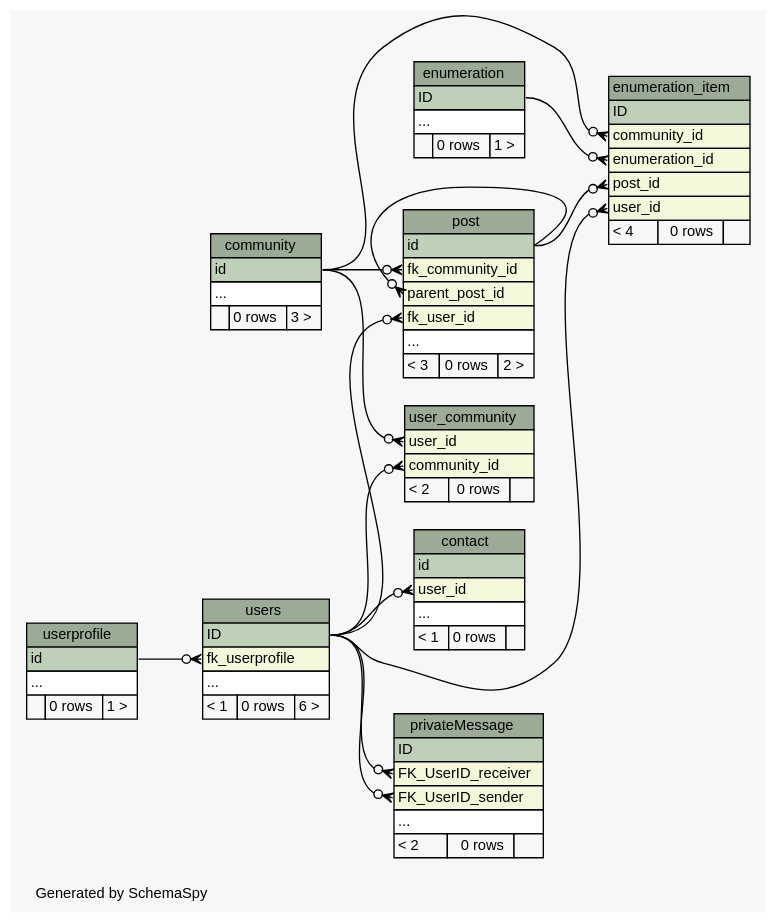
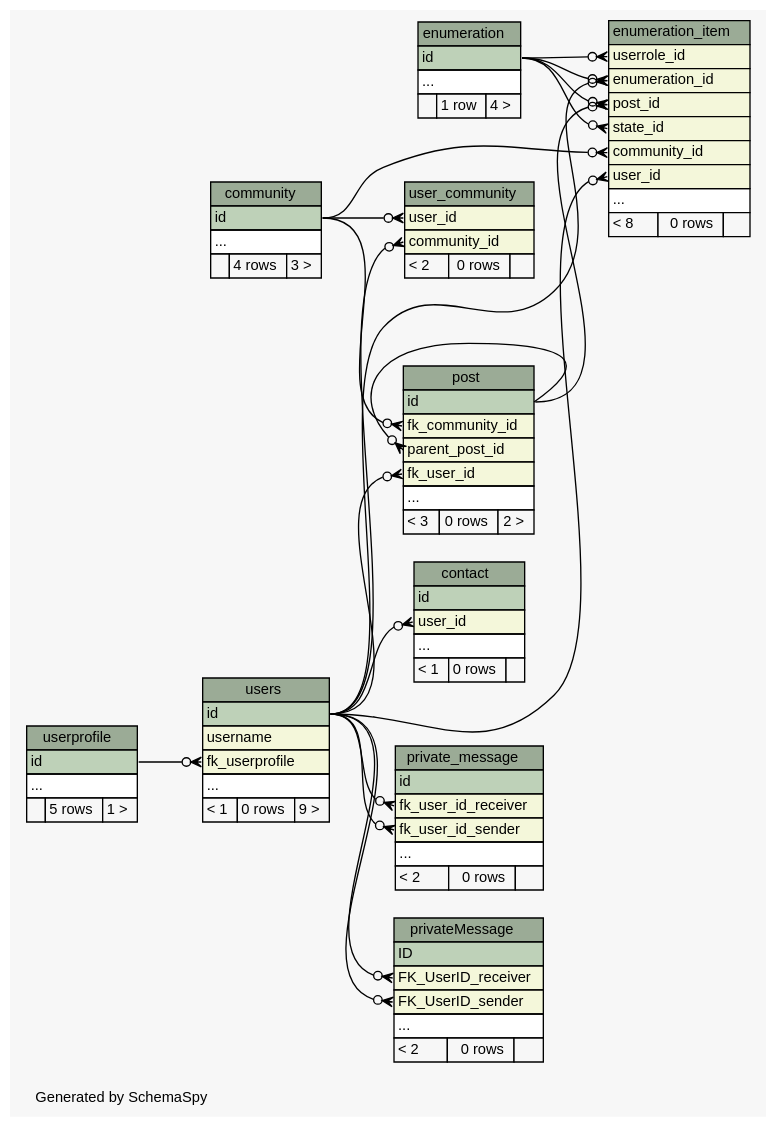
One commit to chr-krenn/chr-krenn-fhj-ws2017-sd17-pse changed the diagram in doc/db_schema/diagrams/summary/relationships.real.compact.dot. Above: the diagram before and after it, drawn with Graphviz. The commit also changed 68 other files, not shown here.

Commit message:
update database schema documentation

```diff
--- a/doc/db_schema/diagrams/summary/relationships.real.compact.dot
+++ b/doc/db_schema/diagrams/summary/relationships.real.compact.dot
@@ -1,144 +1,166 @@
 // dot 2.40.1 on Linux 4.12.5-300.fc26.x86_64
 // SchemaSpy rev 590
 digraph "compactRelationshipsDiagram" {
   graph [
     rankdir="RL"
     bgcolor="#f7f7f7"
     label="\nGenerated by SchemaSpy"
     labeljust="l"
     nodesep="0.18"
     ranksep="0.46"
     fontname="Helvetica"
     fontsize="11"
   ];
   node [
     fontname="Helvetica"
     fontsize="11"
     shape="plaintext"
   ];
   edge [
     arrowsize="0.8"
   ];
   "community" [
     label=<
     <TABLE BORDER="0" CELLBORDER="1" CELLSPACING="0" BGCOLOR="#ffffff">
       <TR><TD COLSPAN="3" BGCOLOR="#9bab96" ALIGN="CENTER">community</TD></TR>
       <TR><TD PORT="id" COLSPAN="3" BGCOLOR="#bed1b8" ALIGN="LEFT">id</TD></TR>
       <TR><TD PORT="elipses" COLSPAN="3" ALIGN="LEFT">...</TD></TR>
-      <TR><TD ALIGN="LEFT" BGCOLOR="#f7f7f7">  </TD><TD ALIGN="RIGHT" BGCOLOR="#f7f7f7">0 rows</TD><TD ALIGN="RIGHT" BGCOLOR="#f7f7f7">3 &gt;</TD></TR>
+      <TR><TD ALIGN="LEFT" BGCOLOR="#f7f7f7">  </TD><TD ALIGN="RIGHT" BGCOLOR="#f7f7f7">4 rows</TD><TD ALIGN="RIGHT" BGCOLOR="#f7f7f7">3 &gt;</TD></TR>
     </TABLE>>
     URL="tables/community.html"
     tooltip="community"
   ];
   "contact" [
     label=<
     <TABLE BORDER="0" CELLBORDER="1" CELLSPACING="0" BGCOLOR="#ffffff">
       <TR><TD COLSPAN="3" BGCOLOR="#9bab96" ALIGN="CENTER">contact</TD></TR>
       <TR><TD PORT="id" COLSPAN="3" BGCOLOR="#bed1b8" ALIGN="LEFT">id</TD></TR>
       <TR><TD PORT="user_id" COLSPAN="3" BGCOLOR="#f4f7da" ALIGN="LEFT">user_id</TD></TR>
       <TR><TD PORT="elipses" COLSPAN="3" ALIGN="LEFT">...</TD></TR>
       <TR><TD ALIGN="LEFT" BGCOLOR="#f7f7f7">&lt; 1</TD><TD ALIGN="RIGHT" BGCOLOR="#f7f7f7">0 rows</TD><TD ALIGN="RIGHT" BGCOLOR="#f7f7f7">  </TD></TR>
     </TABLE>>
     URL="tables/contact.html"
     tooltip="contact"
   ];
   "enumeration" [
     label=<
     <TABLE BORDER="0" CELLBORDER="1" CELLSPACING="0" BGCOLOR="#ffffff">
       <TR><TD COLSPAN="3" BGCOLOR="#9bab96" ALIGN="CENTER">enumeration</TD></TR>
-      <TR><TD PORT="ID" COLSPAN="3" BGCOLOR="#bed1b8" ALIGN="LEFT">ID</TD></TR>
+      <TR><TD PORT="id" COLSPAN="3" BGCOLOR="#bed1b8" ALIGN="LEFT">id</TD></TR>
       <TR><TD PORT="elipses" COLSPAN="3" ALIGN="LEFT">...</TD></TR>
-      <TR><TD ALIGN="LEFT" BGCOLOR="#f7f7f7">  </TD><TD ALIGN="RIGHT" BGCOLOR="#f7f7f7">0 rows</TD><TD ALIGN="RIGHT" BGCOLOR="#f7f7f7">1 &gt;</TD></TR>
+      <TR><TD ALIGN="LEFT" BGCOLOR="#f7f7f7">  </TD><TD ALIGN="RIGHT" BGCOLOR="#f7f7f7">1 row</TD><TD ALIGN="RIGHT" BGCOLOR="#f7f7f7">4 &gt;</TD></TR>
     </TABLE>>
     URL="tables/enumeration.html"
     tooltip="enumeration"
   ];
   "enumeration_item" [
     label=<
     <TABLE BORDER="0" CELLBORDER="1" CELLSPACING="0" BGCOLOR="#ffffff">
       <TR><TD COLSPAN="3" BGCOLOR="#9bab96" ALIGN="CENTER">enumeration_item</TD></TR>
-      <TR><TD PORT="ID" COLSPAN="3" BGCOLOR="#bed1b8" ALIGN="LEFT">ID</TD></TR>
-      <TR><TD PORT="community_id" COLSPAN="3" BGCOLOR="#f4f7da" ALIGN="LEFT">community_id</TD></TR>
+      <TR><TD PORT="userrole_id" COLSPAN="3" BGCOLOR="#f4f7da" ALIGN="LEFT">userrole_id</TD></TR>
       <TR><TD PORT="enumeration_id" COLSPAN="3" BGCOLOR="#f4f7da" ALIGN="LEFT">enumeration_id</TD></TR>
       <TR><TD PORT="post_id" COLSPAN="3" BGCOLOR="#f4f7da" ALIGN="LEFT">post_id</TD></TR>
+      <TR><TD PORT="state_id" COLSPAN="3" BGCOLOR="#f4f7da" ALIGN="LEFT">state_id</TD></TR>
+      <TR><TD PORT="community_id" COLSPAN="3" BGCOLOR="#f4f7da" ALIGN="LEFT">community_id</TD></TR>
       <TR><TD PORT="user_id" COLSPAN="3" BGCOLOR="#f4f7da" ALIGN="LEFT">user_id</TD></TR>
-      <TR><TD ALIGN="LEFT" BGCOLOR="#f7f7f7">&lt; 4</TD><TD ALIGN="RIGHT" BGCOLOR="#f7f7f7">0 rows</TD><TD ALIGN="RIGHT" BGCOLOR="#f7f7f7">  </TD></TR>
+      <TR><TD PORT="elipses" COLSPAN="3" ALIGN="LEFT">...</TD></TR>
+      <TR><TD ALIGN="LEFT" BGCOLOR="#f7f7f7">&lt; 8</TD><TD ALIGN="RIGHT" BGCOLOR="#f7f7f7">0 rows</TD><TD ALIGN="RIGHT" BGCOLOR="#f7f7f7">  </TD></TR>
     </TABLE>>
     URL="tables/enumeration_item.html"
     tooltip="enumeration_item"
   ];
   "post" [
     label=<
     <TABLE BORDER="0" CELLBORDER="1" CELLSPACING="0" BGCOLOR="#ffffff">
       <TR><TD COLSPAN="3" BGCOLOR="#9bab96" ALIGN="CENTER">post</TD></TR>
       <TR><TD PORT="id" COLSPAN="3" BGCOLOR="#bed1b8" ALIGN="LEFT">id</TD></TR>
       <TR><TD PORT="fk_community_id" COLSPAN="3" BGCOLOR="#f4f7da" ALIGN="LEFT">fk_community_id</TD></TR>
       <TR><TD PORT="parent_post_id" COLSPAN="3" BGCOLOR="#f4f7da" ALIGN="LEFT">parent_post_id</TD></TR>
       <TR><TD PORT="fk_user_id" COLSPAN="3" BGCOLOR="#f4f7da" ALIGN="LEFT">fk_user_id</TD></TR>
       <TR><TD PORT="elipses" COLSPAN="3" ALIGN="LEFT">...</TD></TR>
       <TR><TD ALIGN="LEFT" BGCOLOR="#f7f7f7">&lt; 3</TD><TD ALIGN="RIGHT" BGCOLOR="#f7f7f7">0 rows</TD><TD ALIGN="RIGHT" BGCOLOR="#f7f7f7">2 &gt;</TD></TR>
     </TABLE>>
     URL="tables/post.html"
     tooltip="post"
+  ];
+  "private_message" [
+    label=<
+    <TABLE BORDER="0" CELLBORDER="1" CELLSPACING="0" BGCOLOR="#ffffff">
+      <TR><TD COLSPAN="3" BGCOLOR="#9bab96" ALIGN="CENTER">private_message</TD></TR>
+      <TR><TD PORT="id" COLSPAN="3" BGCOLOR="#bed1b8" ALIGN="LEFT">id</TD></TR>
+      <TR><TD PORT="fk_user_id_receiver" COLSPAN="3" BGCOLOR="#f4f7da" ALIGN="LEFT">fk_user_id_receiver</TD></TR>
+      <TR><TD PORT="fk_user_id_sender" COLSPAN="3" BGCOLOR="#f4f7da" ALIGN="LEFT">fk_user_id_sender</TD></TR>
+      <TR><TD PORT="elipses" COLSPAN="3" ALIGN="LEFT">...</TD></TR>
+      <TR><TD ALIGN="LEFT" BGCOLOR="#f7f7f7">&lt; 2</TD><TD ALIGN="RIGHT" BGCOLOR="#f7f7f7">0 rows</TD><TD ALIGN="RIGHT" BGCOLOR="#f7f7f7">  </TD></TR>
+    </TABLE>>
+    URL="tables/private_message.html"
+    tooltip="private_message"
   ];
   "privateMessage" [
     label=<
     <TABLE BORDER="0" CELLBORDER="1" CELLSPACING="0" BGCOLOR="#ffffff">
       <TR><TD COLSPAN="3" BGCOLOR="#9bab96" ALIGN="CENTER">privateMessage</TD></TR>
       <TR><TD PORT="ID" COLSPAN="3" BGCOLOR="#bed1b8" ALIGN="LEFT">ID</TD></TR>
       <TR><TD PORT="FK_UserID_receiver" COLSPAN="3" BGCOLOR="#f4f7da" ALIGN="LEFT">FK_UserID_receiver</TD></TR>
       <TR><TD PORT="FK_UserID_sender" COLSPAN="3" BGCOLOR="#f4f7da" ALIGN="LEFT">FK_UserID_sender</TD></TR>
       <TR><TD PORT="elipses" COLSPAN="3" ALIGN="LEFT">...</TD></TR>
       <TR><TD ALIGN="LEFT" BGCOLOR="#f7f7f7">&lt; 2</TD><TD ALIGN="RIGHT" BGCOLOR="#f7f7f7">0 rows</TD><TD ALIGN="RIGHT" BGCOLOR="#f7f7f7">  </TD></TR>
     </TABLE>>
     URL="tables/privateMessage.html"
     tooltip="privateMessage"
   ];
   "user_community" [
     label=<
     <TABLE BORDER="0" CELLBORDER="1" CELLSPACING="0" BGCOLOR="#ffffff">
       <TR><TD COLSPAN="3" BGCOLOR="#9bab96" ALIGN="CENTER">user_community</TD></TR>
       <TR><TD PORT="user_id" COLSPAN="3" BGCOLOR="#f4f7da" ALIGN="LEFT">user_id</TD></TR>
       <TR><TD PORT="community_id" COLSPAN="3" BGCOLOR="#f4f7da" ALIGN="LEFT">community_id</TD></TR>
       <TR><TD ALIGN="LEFT" BGCOLOR="#f7f7f7">&lt; 2</TD><TD ALIGN="RIGHT" BGCOLOR="#f7f7f7">0 rows</TD><TD ALIGN="RIGHT" BGCOLOR="#f7f7f7">  </TD></TR>
     </TABLE>>
     URL="tables/user_community.html"
     tooltip="user_community"
   ];
   "userprofile" [
     label=<
     <TABLE BORDER="0" CELLBORDER="1" CELLSPACING="0" BGCOLOR="#ffffff">
       <TR><TD COLSPAN="3" BGCOLOR="#9bab96" ALIGN="CENTER">userprofile</TD></TR>
       <TR><TD PORT="id" COLSPAN="3" BGCOLOR="#bed1b8" ALIGN="LEFT">id</TD></TR>
       <TR><TD PORT="elipses" COLSPAN="3" ALIGN="LEFT">...</TD></TR>
-      <TR><TD ALIGN="LEFT" BGCOLOR="#f7f7f7">  </TD><TD ALIGN="RIGHT" BGCOLOR="#f7f7f7">0 rows</TD><TD ALIGN="RIGHT" BGCOLOR="#f7f7f7">1 &gt;</TD></TR>
+      <TR><TD ALIGN="LEFT" BGCOLOR="#f7f7f7">  </TD><TD ALIGN="RIGHT" BGCOLOR="#f7f7f7">5 rows</TD><TD ALIGN="RIGHT" BGCOLOR="#f7f7f7">1 &gt;</TD></TR>
     </TABLE>>
     URL="tables/userprofile.html"
     tooltip="userprofile"
   ];
   "users" [
     label=<
     <TABLE BORDER="0" CELLBORDER="1" CELLSPACING="0" BGCOLOR="#ffffff">
       <TR><TD COLSPAN="3" BGCOLOR="#9bab96" ALIGN="CENTER">users</TD></TR>
-      <TR><TD PORT="ID" COLSPAN="3" BGCOLOR="#bed1b8" ALIGN="LEFT">ID</TD></TR>
+      <TR><TD PORT="id" COLSPAN="3" BGCOLOR="#bed1b8" ALIGN="LEFT">id</TD></TR>
+      <TR><TD PORT="username" COLSPAN="3" BGCOLOR="#f4f7da" ALIGN="LEFT">username</TD></TR>
       <TR><TD PORT="fk_userprofile" COLSPAN="3" BGCOLOR="#f4f7da" ALIGN="LEFT">fk_userprofile</TD></TR>
       <TR><TD PORT="elipses" COLSPAN="3" ALIGN="LEFT">...</TD></TR>
-      <TR><TD ALIGN="LEFT" BGCOLOR="#f7f7f7">&lt; 1</TD><TD ALIGN="RIGHT" BGCOLOR="#f7f7f7">0 rows</TD><TD ALIGN="RIGHT" BGCOLOR="#f7f7f7">6 &gt;</TD></TR>
+      <TR><TD ALIGN="LEFT" BGCOLOR="#f7f7f7">&lt; 1</TD><TD ALIGN="RIGHT" BGCOLOR="#f7f7f7">0 rows</TD><TD ALIGN="RIGHT" BGCOLOR="#f7f7f7">9 &gt;</TD></TR>
     </TABLE>>
     URL="tables/users.html"
     tooltip="users"
   ];
-  "contact":"user_id":w -> "users":"ID":e [arrowhead=none dir=back arrowtail=crowodot];
+  "contact":"user_id":w -> "users":"id":e [arrowhead=none dir=back arrowtail=crowodot];
   "enumeration_item":"community_id":w -> "community":"id":e [arrowhead=none dir=back arrowtail=crowodot];
-  "enumeration_item":"enumeration_id":w -> "enumeration":"ID":e [arrowhead=none dir=back arrowtail=crowodot];
+  "enumeration_item":"enumeration_id":w -> "enumeration":"id":e [arrowhead=none dir=back arrowtail=crowodot];
+  "enumeration_item":"enumeration_id":w -> "users":"id":e [arrowhead=none dir=back arrowtail=crowodot];
+  "enumeration_item":"post_id":w -> "enumeration":"id":e [arrowhead=none dir=back arrowtail=crowodot];
   "enumeration_item":"post_id":w -> "post":"id":e [arrowhead=none dir=back arrowtail=crowodot];
-  "enumeration_item":"user_id":w -> "users":"ID":e [arrowhead=none dir=back arrowtail=crowodot];
+  "enumeration_item":"state_id":w -> "enumeration":"id":e [arrowhead=none dir=back arrowtail=crowodot];
+  "enumeration_item":"user_id":w -> "users":"id":e [arrowhead=none dir=back arrowtail=crowodot];
+  "enumeration_item":"userrole_id":w -> "enumeration":"id":e [arrowhead=none dir=back arrowtail=crowodot];
   "post":"fk_community_id":w -> "community":"id":e [arrowhead=none dir=back arrowtail=crowodot];
-  "post":"fk_user_id":w -> "users":"ID":e [arrowhead=none dir=back arrowtail=crowodot];
+  "post":"fk_user_id":w -> "users":"id":e [arrowhead=none dir=back arrowtail=crowodot];
   "post":"parent_post_id":w -> "post":"id":e [arrowhead=none dir=back arrowtail=crowodot];
-  "privateMessage":"FK_UserID_receiver":w -> "users":"ID":e [arrowhead=none dir=back arrowtail=crowodot];
-  "privateMessage":"FK_UserID_sender":w -> "users":"ID":e [arrowhead=none dir=back arrowtail=crowodot];
-  "user_community":"community_id":w -> "users":"ID":e [arrowhead=none dir=back arrowtail=crowodot];
+  "private_message":"fk_user_id_receiver":w -> "users":"id":e [arrowhead=none dir=back arrowtail=crowodot];
+  "private_message":"fk_user_id_sender":w -> "users":"id":e [arrowhead=none dir=back arrowtail=crowodot];
+  "privateMessage":"FK_UserID_receiver":w -> "users":"id":e [arrowhead=none dir=back arrowtail=crowodot];
+  "privateMessage":"FK_UserID_sender":w -> "users":"id":e [arrowhead=none dir=back arrowtail=crowodot];
+  "user_community":"community_id":w -> "users":"id":e [arrowhead=none dir=back arrowtail=crowodot];
   "user_community":"user_id":w -> "community":"id":e [arrowhead=none dir=back arrowtail=crowodot];
   "users":"fk_userprofile":w -> "userprofile":"id":e [arrowhead=none dir=back arrowtail=crowodot];
 }
```
